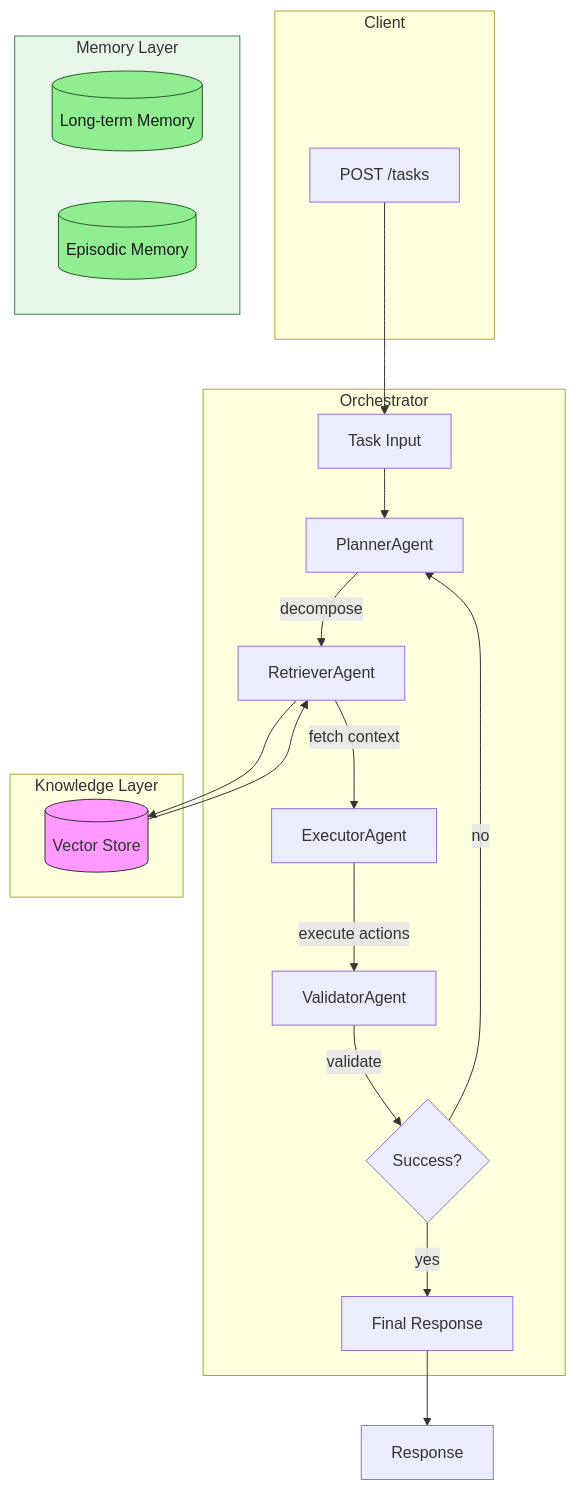
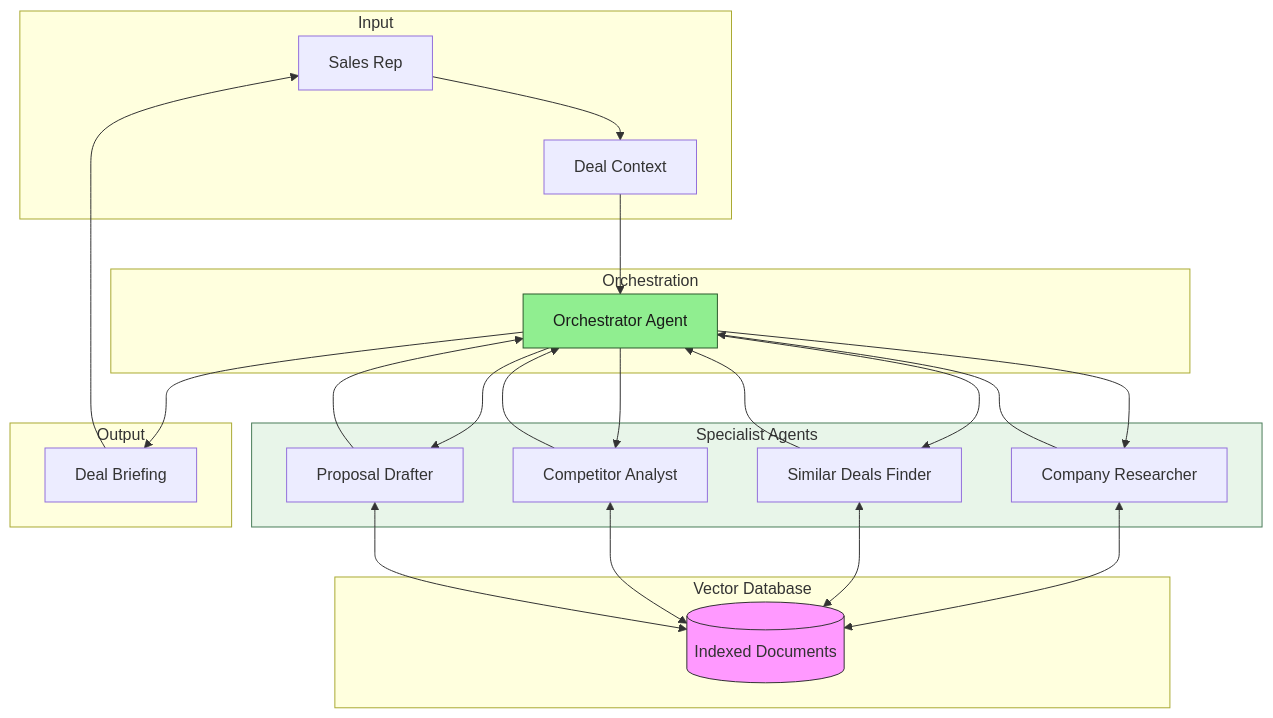
Before and after one commit to jorgemgr94/multi-agent-rag-system: the diagram in docs/README.md, drawn with Mermaid. The commit also changed other lines of this file, not shown here.

Commit message:
docs: update README with agent roles and API endpoints

````diff
--- a/docs/README.md
+++ b/docs/README.md
@@ -17,34 +16,50 @@
 ```mermaid
-flowchart TD
-    subgraph Client
-        A[POST /tasks]
+flowchart TB
+    subgraph Input
+        USER[Sales Rep]
+        QUERY[Deal Context]
     end
 
-    subgraph Orchestrator
-        B[Task Input] --> C[PlannerAgent]
-        C -->|decompose| D[RetrieverAgent]
-        D -->|fetch context| E[ExecutorAgent]
-        E -->|execute actions| F[ValidatorAgent]
-        F -->|validate| G{Success?}
-        G -->|yes| H[Final Response]
-        G -->|no| C
+    subgraph Orchestration
+        ORCH[Orchestrator Agent]
     end
 
-    subgraph Knowledge["Knowledge Layer"]
-        D --> I[(Vector Store)]
-        I --> D
+    subgraph Specialists[Specialist Agents]
+        RESEARCH[Company Researcher]
+        SIMILAR[Similar Deals Finder]
+        COMPETE[Competitor Analyst]
+        PROPOSE[Proposal Drafter]
     end
 
-    subgraph Memory["Memory Layer"]
-        J[(Long-term Memory)]
-        K[(Episodic Memory)]
+    subgraph Knowledge[Vector Database]
+        DOCS[(Indexed Documents)]
     end
 
-    A --> B
-    H --> L[Response]
+    subgraph Output
+        BRIEF[Deal Briefing]
+    end
 
-    style I fill:#f9f,stroke:#333
-    style J fill:#90EE90,stroke:#2d5a2d,color:#1a1a1a
-    style K fill:#90EE90,stroke:#2d5a2d,color:#1a1a1a
-    style Memory fill:#e8f5e9,stroke:#4a7c59
+    USER --> QUERY
+    QUERY --> ORCH
+    ORCH --> RESEARCH
+    ORCH --> SIMILAR
+    ORCH --> COMPETE
+    ORCH --> PROPOSE
+    
+    RESEARCH <--> DOCS
+    SIMILAR <--> DOCS
+    COMPETE <--> DOCS
+    PROPOSE <--> DOCS
+    
+    RESEARCH --> ORCH
+    SIMILAR --> ORCH
+    COMPETE --> ORCH
+    PROPOSE --> ORCH
+    
+    ORCH --> BRIEF
+    BRIEF --> USER
+
+    style DOCS fill:#f9f,stroke:#333
+    style ORCH fill:#90EE90,stroke:#2d5a2d,color:#1a1a1a
+    style Specialists fill:#e8f5e9,stroke:#4a7c59
 ```
````
